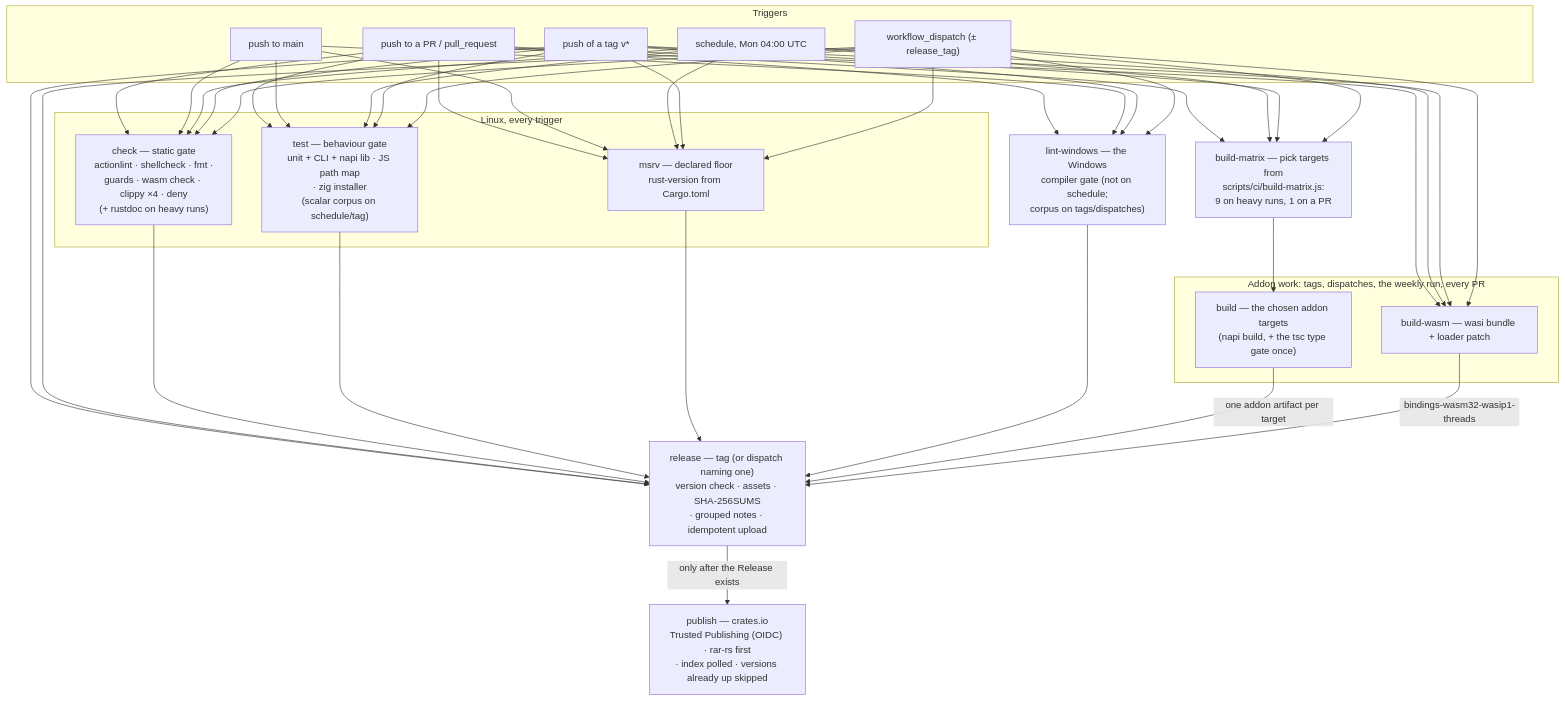
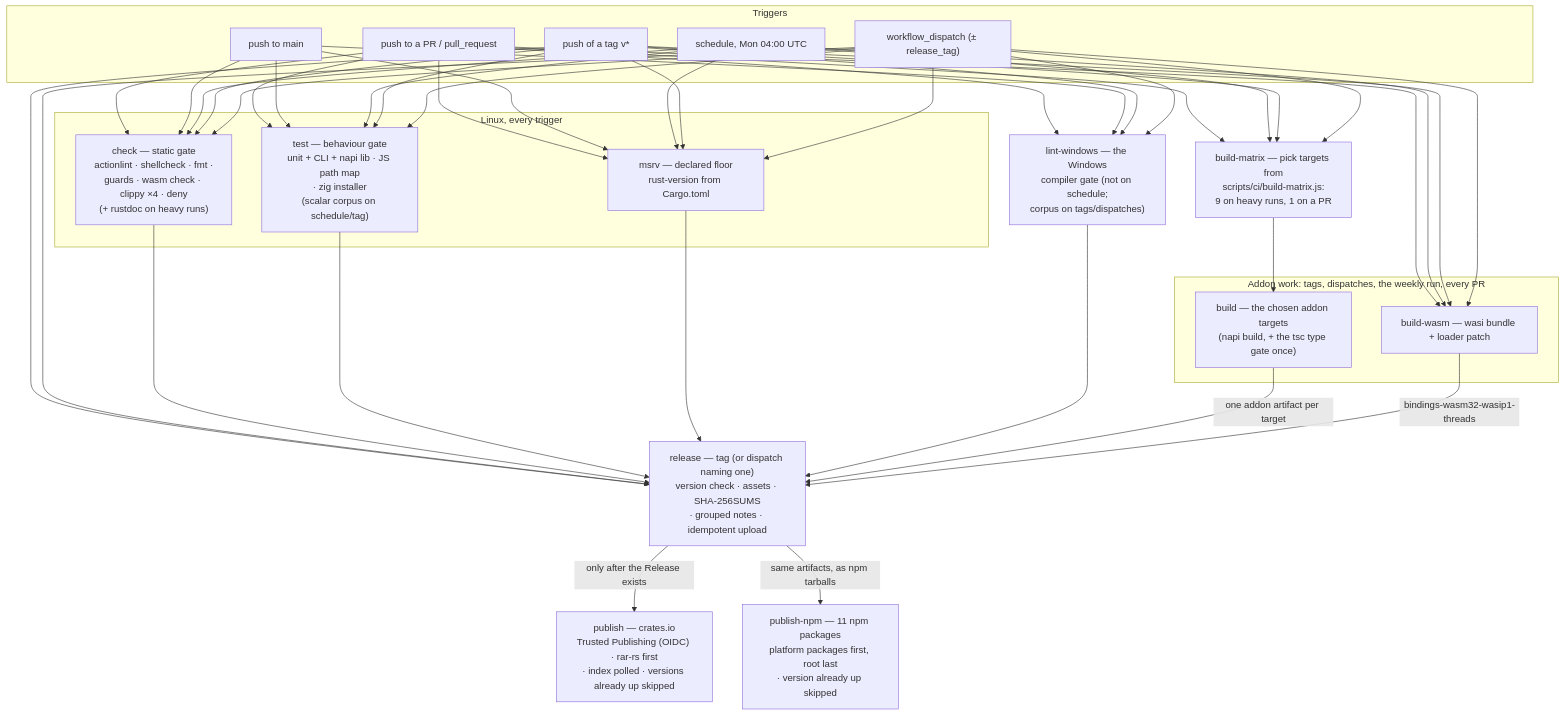
The diagram in docs/ci.md (yjdyamv/rar-rs), drawn with Mermaid before and after one commit. The commit also changed other lines of this file and 7 other files, not shown here.

First line of the commit message:
ci: publish the npm packages from the tag run

````diff
--- a/docs/ci.md
+++ b/docs/ci.md
@@ -10,50 +10,53 @@
 ```mermaid
 flowchart TD
   subgraph trig[Triggers]
     pr[push to a PR / pull_request]
     main[push to main]
     tag["push of a tag v*"]
     disp["workflow_dispatch (± release_tag)"]
     cron[schedule, Mon 04:00 UTC]
   end
 
   subgraph linux[Linux, every trigger]
     check["check — static gate<br/>actionlint · shellcheck · fmt ·<br/>guards · wasm check · clippy ×4 · deny<br/>(+ rustdoc on heavy runs)"]
     test["test — behaviour gate<br/>unit + CLI + napi lib · JS path map<br/>· zig installer<br/>(scalar corpus on schedule/tag)"]
     msrv["msrv — declared floor<br/>rust-version from Cargo.toml"]
   end
 
   win["lint-windows — the Windows<br/>compiler gate (not on schedule;<br/>corpus on tags/dispatches)"]
 
   sel["build-matrix — pick targets from<br/>scripts/ci/build-matrix.js:<br/>9 on heavy runs, 1 on a PR"]
 
   subgraph heavy[Addon work: tags, dispatches, the weekly run, every PR]
     build["build — the chosen addon targets<br/>(napi build, + the tsc type gate once)"]
     wasm["build-wasm — wasi bundle + loader patch"]
   end
 
   rel["release — tag (or dispatch naming one)<br/>version check · assets · SHA-256SUMS<br/>· grouped notes · idempotent upload"]
 
   pub["publish — crates.io<br/>Trusted Publishing (OIDC) · rar-rs first<br/>· index polled · versions already up skipped"]
 
+  pubnpm["publish-npm — 11 npm packages<br/>platform packages first, root last<br/>· version already up skipped"]
+
   pr --> check & test & msrv & win
   main --> check & test & msrv & win
   cron --> check & test & msrv
   tag --> check & test & msrv & win
   disp --> check & test & msrv & win
   pr --> sel & wasm
   cron --> sel & wasm
   tag --> sel & wasm
   disp --> sel & wasm
   sel --> build
   tag --> rel
   disp --> rel
 
   check --> rel
   test --> rel
   msrv --> rel
   win --> rel
   build -->|"one addon artifact per target"| rel
   wasm -->|"bindings-wasm32-wasip1-threads"| rel
   rel -->|"only after the Release exists"| pub
+  rel -->|"same artifacts, as npm tarballs"| pubnpm
 ```
````
